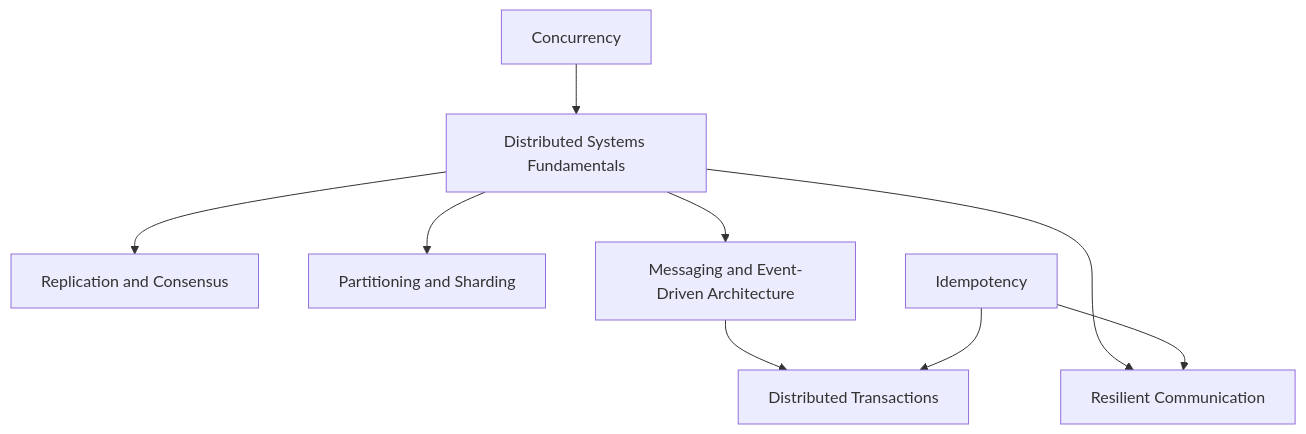
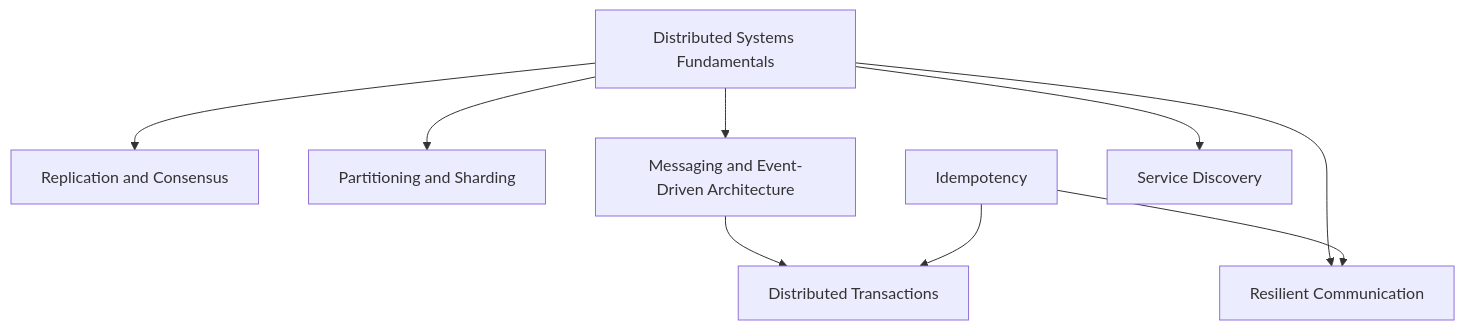
One commit to ro121/start-here changed the diagram in 19-distributed-systems/README.md. Above: the diagram before and after it, drawn with Mermaid. The commit also changed other lines of this file and 31 other files, not shown here.

Commit message:
Integrate six roadmap.sh references and fill curriculum gaps

````diff
--- a/19-distributed-systems/README.md
+++ b/19-distributed-systems/README.md
@@ -90,19 +108,19 @@
 ```mermaid
 flowchart TD
     n0["Distributed Systems Fundamentals"]
     n1["Replication and Consensus"]
     n2["Partitioning and Sharding"]
     n3["Messaging and Event-Driven Architecture"]
     n4["Resilient Communication"]
     n5["Idempotency"]
     n6["Distributed Transactions"]
-    n7["Concurrency"]
+    n7["Service Discovery"]
     n0 --> n1
     n0 --> n2
     n0 --> n3
     n0 --> n4
     n5 --> n4
     n3 --> n6
     n5 --> n6
-    n7 --> n0
+    n0 --> n7
 ```
````
